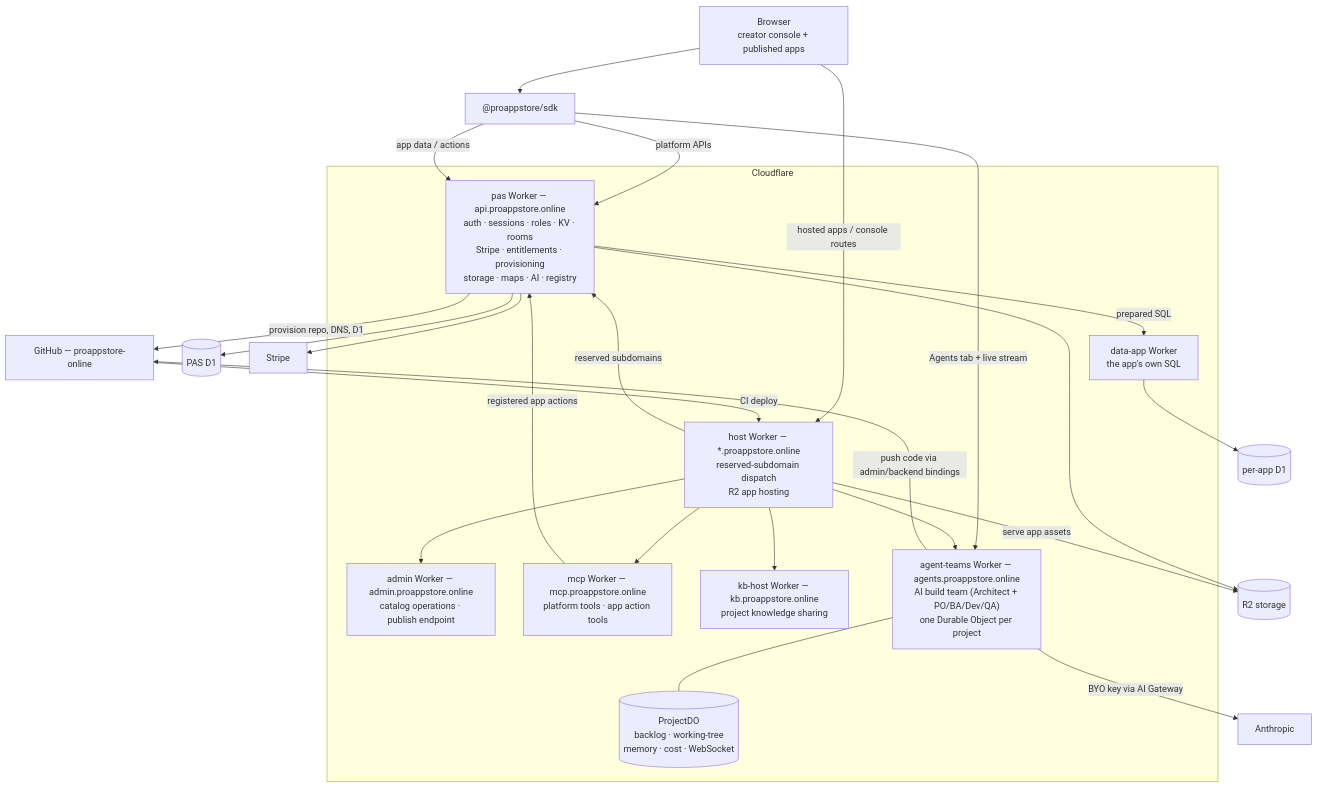
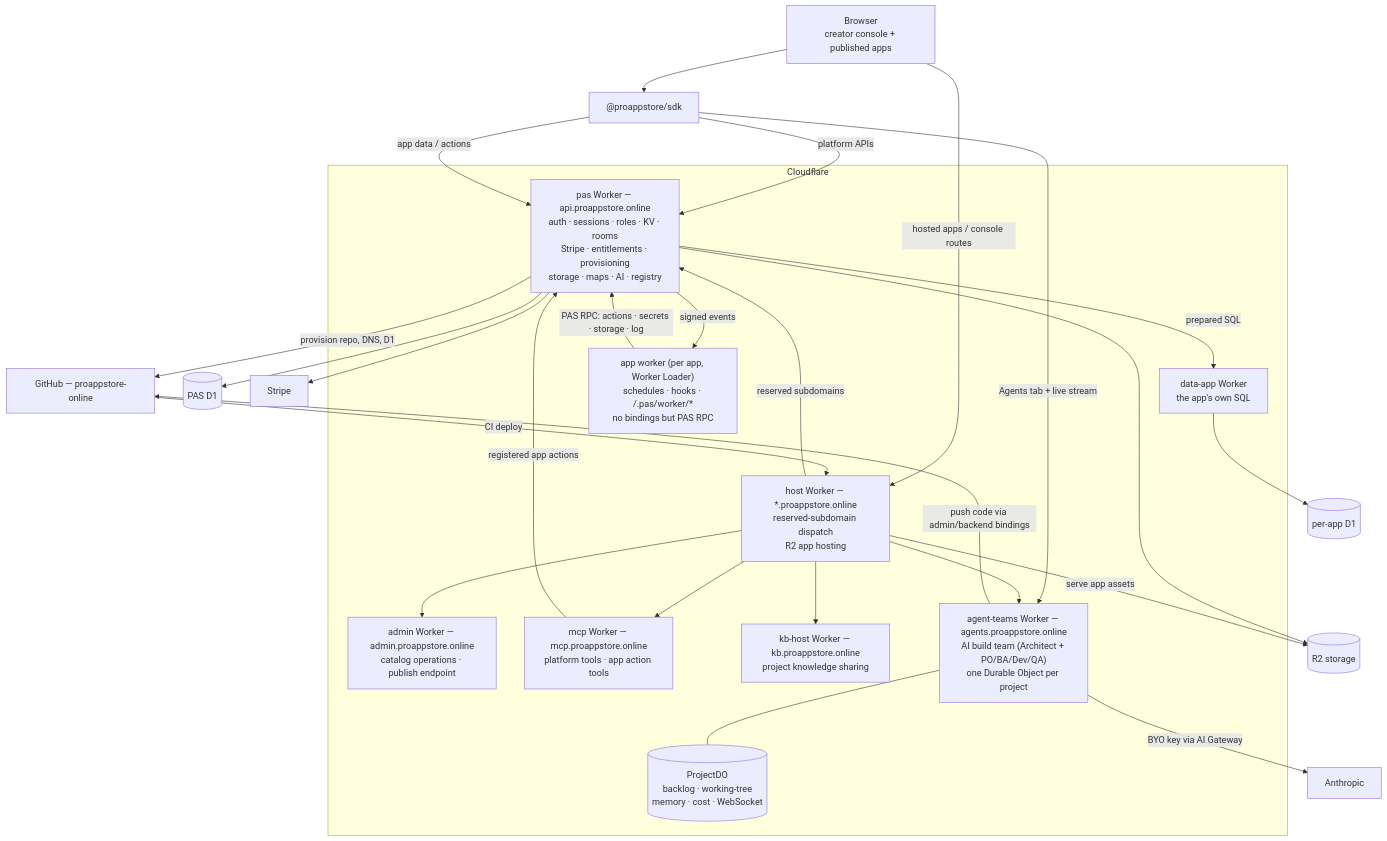
One commit to proappstore-online/platform changed the first of 2 diagrams in docs/architecture.md. Above: the diagram before and after it, drawn with Mermaid. The commit also changed other lines of this file and 22 other files, not shown here.

First line of the commit message:
feat(cli,docs): app-worker owner tooling — pas worker|hook|schedule, hidden secret input, --with-worker, docs/app-workers.md (Refs #261)

````diff
--- a/docs/architecture.md
+++ b/docs/architecture.md
@@ -16,40 +16,43 @@
 ```mermaid
 flowchart TB
     Browser["Browser<br/>creator console + published apps"]
     SDK["@proappstore/sdk"]
     Browser --> SDK
 
     subgraph CF["Cloudflare"]
         PAS["pas Worker — api.proappstore.online<br/>auth · sessions · roles · KV · rooms<br/>Stripe · entitlements · provisioning<br/>storage · maps · AI · registry"]
         HOST["host Worker — *.proappstore.online<br/>reserved-subdomain dispatch<br/>R2 app hosting"]
         ADMIN["admin Worker — admin.proappstore.online<br/>catalog operations · publish endpoint"]
         MCP["mcp Worker — mcp.proappstore.online<br/>platform tools · app action tools"]
         KB["kb-host Worker — kb.proappstore.online<br/>project knowledge sharing"]
         AT["agent-teams Worker — agents.proappstore.online<br/>AI build team (Architect + PO/BA/Dev/QA)<br/>one Durable Object per project"]
         DATA["data-app Worker<br/>the app's own SQL"]
+        AW["app worker (per app, Worker Loader)<br/>schedules · hooks · /.pas/worker/*<br/>no bindings but PAS RPC"]
         DO[("ProjectDO<br/>backlog · working-tree<br/>memory · cost · WebSocket")]
         AT --- DO
     end
 
     Browser -->|hosted apps / console routes| HOST
     SDK -->|platform APIs| PAS
     SDK -->|app data / actions| PAS
     SDK -->|Agents tab + live stream| AT
     MCP -->|registered app actions| PAS
 
     PAS --> D1[("PAS D1")]
     PAS --> R2[("R2 storage")]
     PAS --> Stripe["Stripe"]
     PAS -->|provision repo, DNS, D1| GH["GitHub — proappstore-online"]
     PAS -->|prepared SQL| DATA
+    PAS -->|signed events| AW
+    AW -->|PAS RPC: actions · secrets · storage · log| PAS
     HOST -->|serve app assets| R2
     HOST -->|reserved subdomains| PAS
     HOST --> ADMIN
     HOST --> AT
     HOST --> MCP
     HOST --> KB
     DATA --> AppD1[("per-app D1")]
     AT -->|BYO key via AI Gateway| Anthropic["Anthropic"]
     AT -->|push code via admin/backend bindings| GH
     GH -->|CI deploy| HOST
 ```
````
